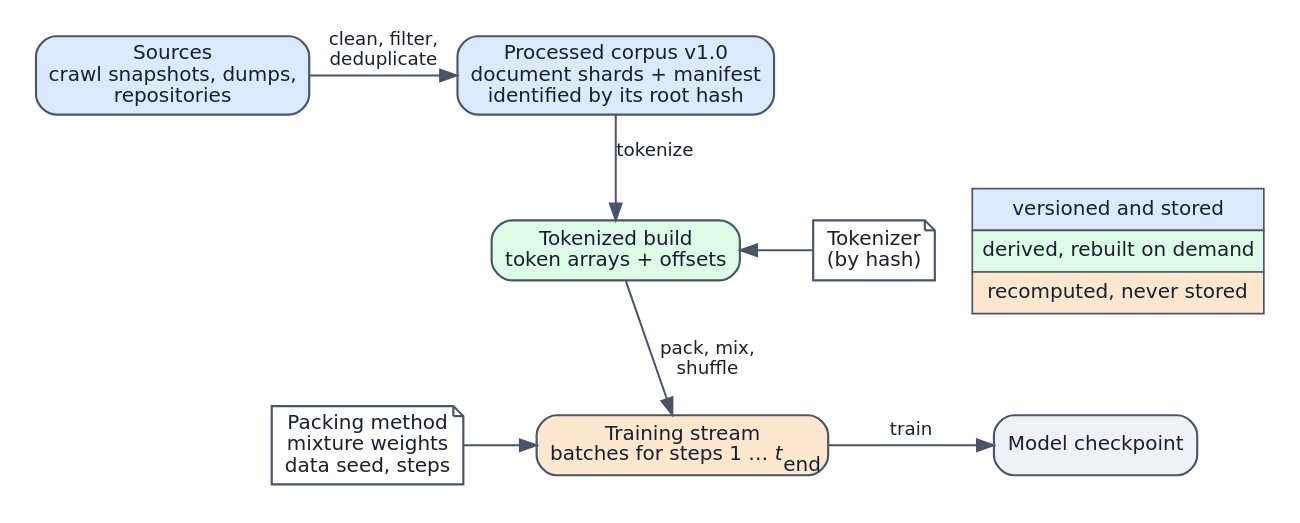
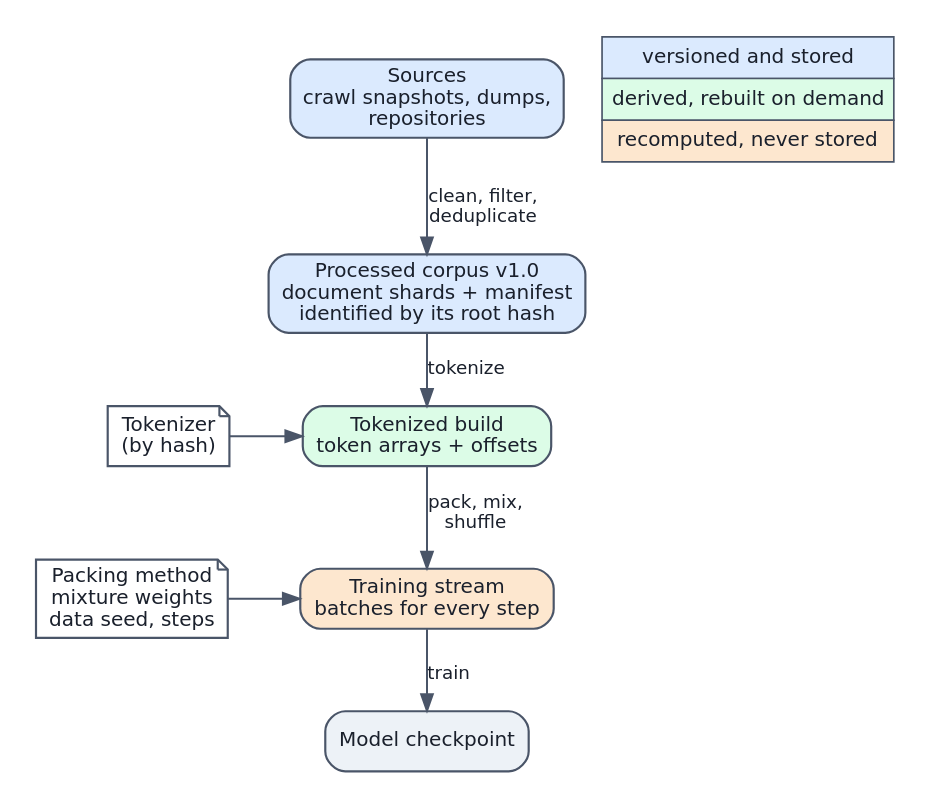
The diagram in chapters/05-dataset-management/figures/lineage.dot (Beaker12/llmatlas), drawn with Graphviz before and after one commit. The commit also changed 20 other files, not shown here.

First line of the commit message:
Chapter 5: render every schematic as one family with readable text

```diff
--- a/chapters/05-dataset-management/figures/lineage.dot
+++ b/chapters/05-dataset-management/figures/lineage.dot
@@ -1,22 +1,21 @@
 digraph lineage {
   graph [fontname="DejaVu Sans", fontsize=13, nodesep=0.3, ranksep=0.45, pad=0.2];
   node [fontname="DejaVu Sans", fontsize=12, fontcolor="#1a202c", shape=box, style="rounded,filled", fillcolor="#ffffff", color="#4a5568", penwidth=1.3]; edge [fontname="DejaVu Sans", fontsize=11, fontcolor="#1a202c", color="#4a5568", penwidth=1.2];
     sources [label="Sources\ncrawl snapshots, dumps,\nrepositories", fillcolor="#dbeafe"];
     corpus [label="Processed corpus v1.0\ndocument shards + manifest\nidentified by its root hash", fillcolor="#dbeafe"];
     tokenized [label="Tokenized build\ntoken arrays + offsets", fillcolor="#dcfce7"];
-    stream [label=<Training stream<BR/>batches for steps 1 … <I>t</I><SUB>end</SUB>>, fillcolor="#fde7cf"];
+    stream [label="Training stream\nbatches for every step", fillcolor="#fde7cf"];
   key [shape=plain, style="", label=<<TABLE BORDER="0" CELLBORDER="1" CELLSPACING="0" CELLPADDING="5" COLOR="#4a5568"><TR><TD BGCOLOR="#dbeafe">versioned and stored</TD></TR><TR><TD BGCOLOR="#dcfce7">derived, rebuilt on demand</TD></TR><TR><TD BGCOLOR="#fde7cf">recomputed, never stored</TD></TR></TABLE>>];
-  key -> model [style=invis];
   model [label="Model checkpoint", fillcolor="#edf2f7"];
   tok [label="Tokenizer\n(by hash)", shape=note, style=filled];
   cfg [label="Packing method\nmixture weights\ndata seed, steps", shape=note, style=filled];
   sources -> corpus [label="clean, filter,\ndeduplicate"];
   corpus -> tokenized [label="tokenize"];
   tok -> tokenized;
   tokenized -> stream [label="pack, mix,\nshuffle"];
   cfg -> stream;
   stream -> model [label="train"];
-  {rank=same; sources; corpus}
+  {rank=same; key; sources}
   {rank=same; tok; tokenized}
-  {rank=same; cfg; stream; model}
+  {rank=same; cfg; stream}
 }
```
